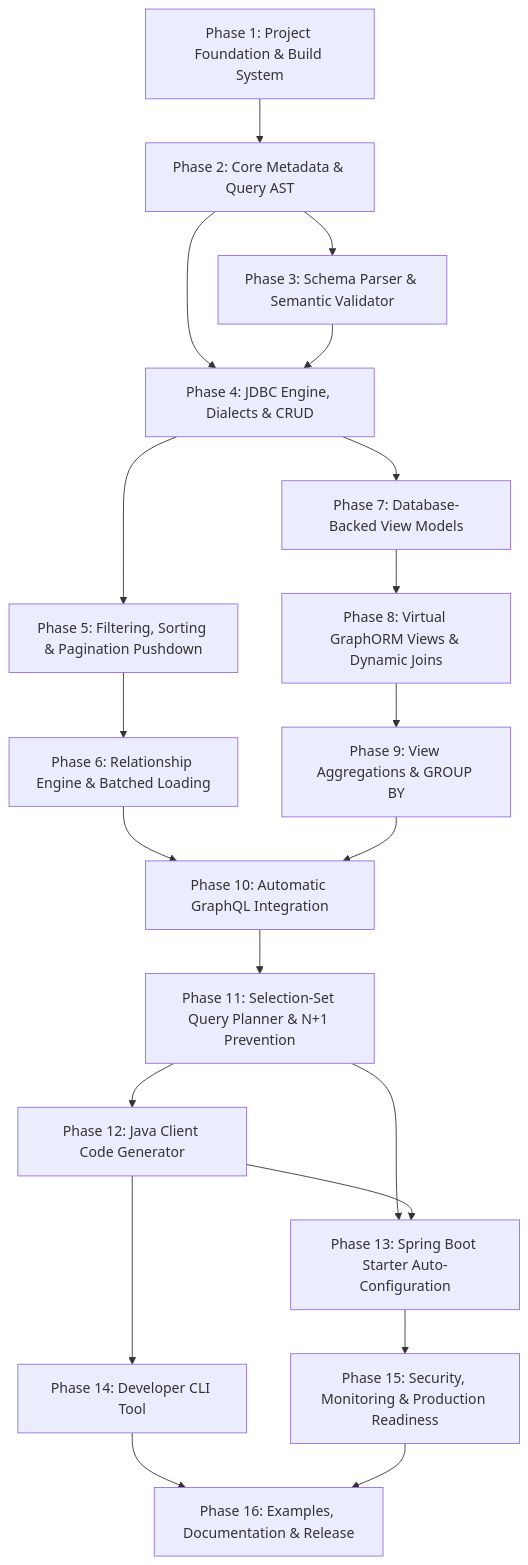
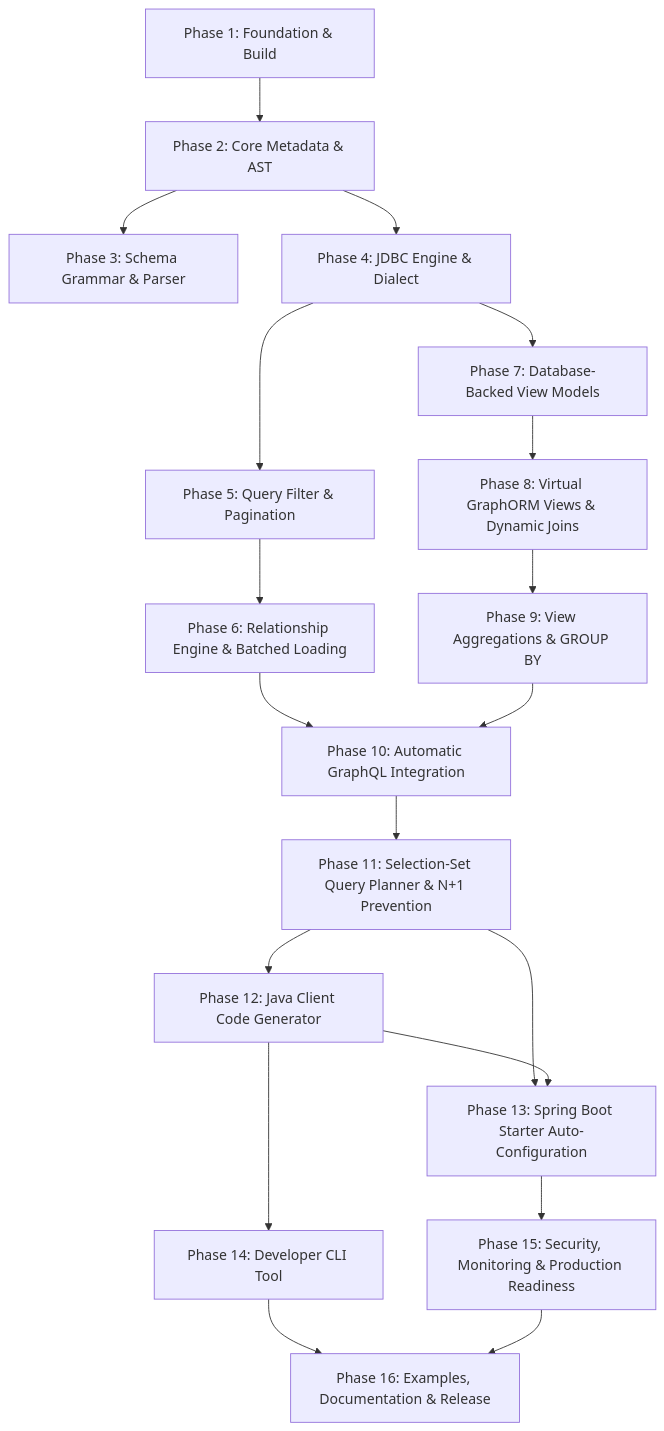
Before and after one commit to JithendraKavala/graphorm: the diagram in docs/IMPLEMENTATION_ROADMAP.md, drawn with Mermaid. The commit also changed other lines of this file and 60 other files, not shown here.

````diff
--- a/docs/IMPLEMENTATION_ROADMAP.md
+++ b/docs/IMPLEMENTATION_ROADMAP.md
@@ -50,19 +46,18 @@
 ```mermaid
-flowchart TD
-    P1[Phase 1: Project Foundation & Build System] --> P2[Phase 2: Core Metadata & Query AST]
-    P2 --> P3[Phase 3: Schema Parser & Semantic Validator]
-    P2 --> P4[Phase 4: JDBC Engine, Dialects & CRUD]
-    P3 --> P4
-    P4 --> P5[Phase 5: Filtering, Sorting & Pagination Pushdown]
+graph TD
+    P1[Phase 1: Foundation & Build] --> P2[Phase 2: Core Metadata & AST]
+    P2 --> P3[Phase 3: Schema Grammar & Parser]
+    P2 --> P4[Phase 4: JDBC Engine & Dialect]
+    P4 --> P5[Phase 5: Query Filter & Pagination]
     P5 --> P6[Phase 6: Relationship Engine & Batched Loading]
     P4 --> P7[Phase 7: Database-Backed View Models]
     P7 --> P8[Phase 8: Virtual GraphORM Views & Dynamic Joins]
     P8 --> P9[Phase 9: View Aggregations & GROUP BY]
     P6 & P9 --> P10[Phase 10: Automatic GraphQL Integration]
     P10 --> P11[Phase 11: Selection-Set Query Planner & N+1 Prevention]
     P11 --> P12[Phase 12: Java Client Code Generator]
     P11 & P12 --> P13[Phase 13: Spring Boot Starter Auto-Configuration]
     P12 --> P14[Phase 14: Developer CLI Tool]
     P13 --> P15[Phase 15: Security, Monitoring & Production Readiness]
     P14 & P15 --> P16[Phase 16: Examples, Documentation & Release]
 ```
````
